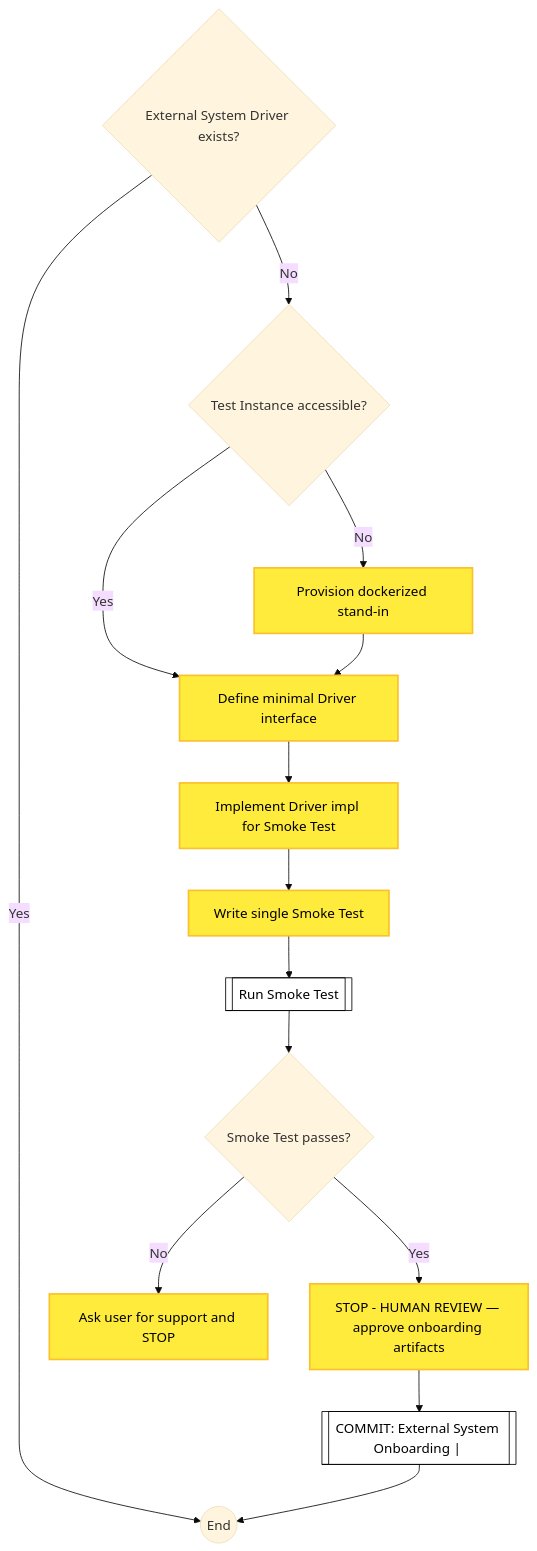
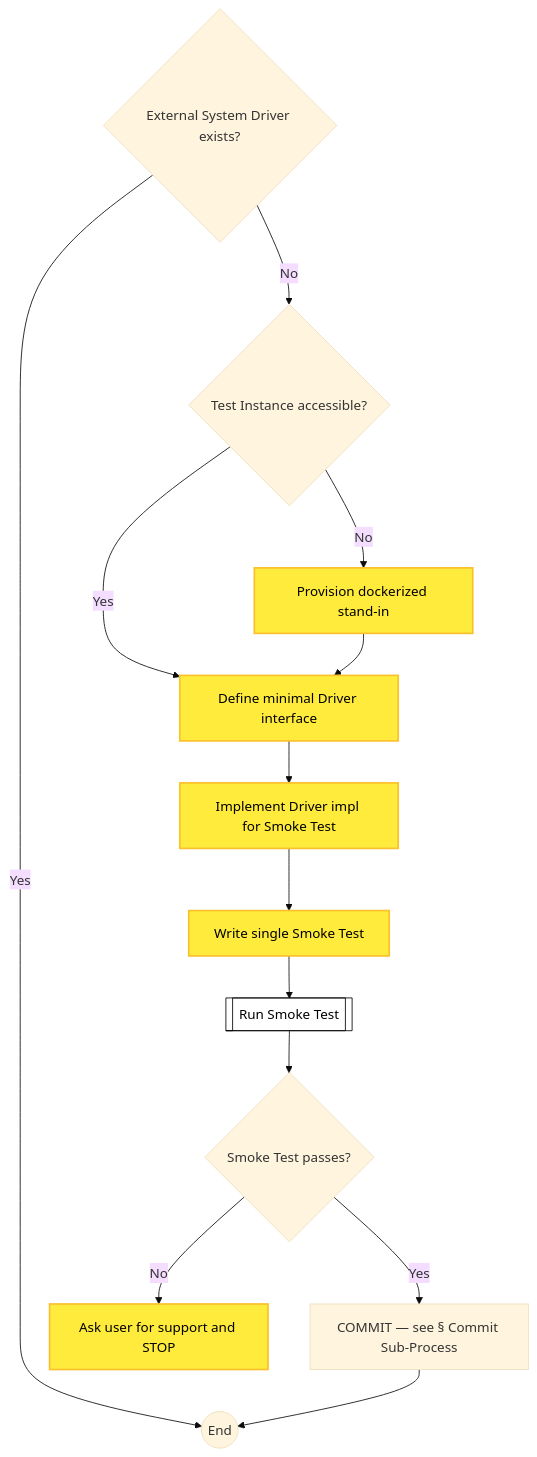
One commit to optivem/gh-optivem changed the eighth of 15 diagrams in docs/process-diagram.md. Above: the diagram before and after it, drawn with Mermaid (base theme). The commit also changed other lines of this file and 27 other files, not shown here.

First line of the commit message:
atdd: extract shared commit sub-process — pair APPROVE_COMMIT with EXECUTE_COMMIT by construction

````diff
--- a/docs/process-diagram.md
+++ b/docs/process-diagram.md
@@ -205,35 +200,33 @@
 ```mermaid
 flowchart TD
     ASK_SUPPORT[Ask user for support and STOP]
-    COMMIT_ONBOARD[["COMMIT: External System Onboarding | <name>"]]
+    COMMIT[COMMIT — see § Commit Sub-Process]
     DEFINE_IFACE[Define minimal Driver interface]
     GATE_DRIVER_EXISTS{External System Driver exists?}
     GATE_INSTANCE_ACCESSIBLE{Test Instance accessible?}
     GATE_SMOKE_PASS{Smoke Test passes?}
     IMPL_DRIVER[Implement Driver impl for Smoke Test]
     ONBOARD_END((End))
     PROVISION[Provision dockerized stand-in]
     RUN_SMOKE[[Run Smoke Test]]
-    STOP_ONBOARD_REVIEW[STOP - HUMAN REVIEW — approve onboarding artifacts]
     WRITE_SMOKE[Write single Smoke Test]
 
     GATE_DRIVER_EXISTS -- Yes --> ONBOARD_END
     GATE_DRIVER_EXISTS -- No --> GATE_INSTANCE_ACCESSIBLE
     GATE_INSTANCE_ACCESSIBLE -- Yes --> DEFINE_IFACE
     GATE_INSTANCE_ACCESSIBLE -- No --> PROVISION
     PROVISION --> DEFINE_IFACE
     DEFINE_IFACE --> IMPL_DRIVER
     IMPL_DRIVER --> WRITE_SMOKE
     WRITE_SMOKE --> RUN_SMOKE
     RUN_SMOKE --> GATE_SMOKE_PASS
     GATE_SMOKE_PASS -- No --> ASK_SUPPORT
-    GATE_SMOKE_PASS -- Yes --> STOP_ONBOARD_REVIEW
-    STOP_ONBOARD_REVIEW --> COMMIT_ONBOARD
-    COMMIT_ONBOARD --> ONBOARD_END
+    GATE_SMOKE_PASS -- Yes --> COMMIT
+    COMMIT --> ONBOARD_END
 
     classDef serviceNode fill:#ffffff,stroke:#000000,stroke-width:1px,color:#000000
-    class COMMIT_ONBOARD,RUN_SMOKE serviceNode
+    class RUN_SMOKE serviceNode
 
     classDef humanNode fill:#ffeb3b,stroke:#fbc02d,stroke-width:2px,color:#000000
-    class ASK_SUPPORT,DEFINE_IFACE,IMPL_DRIVER,PROVISION,STOP_ONBOARD_REVIEW,WRITE_SMOKE humanNode
+    class ASK_SUPPORT,DEFINE_IFACE,IMPL_DRIVER,PROVISION,WRITE_SMOKE humanNode
 ```
````
